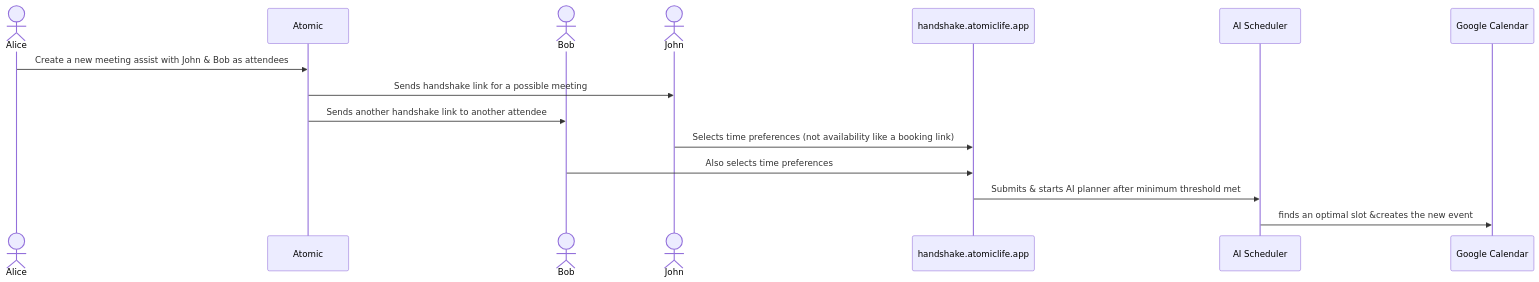
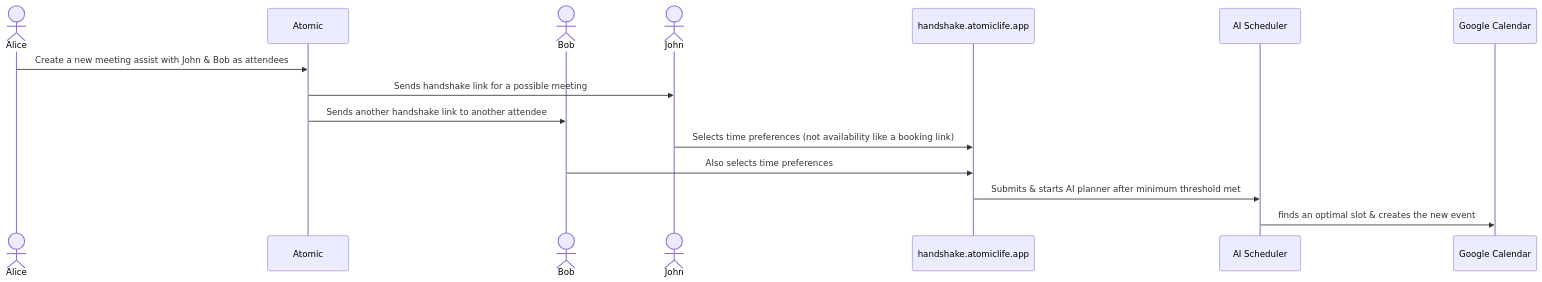
One commit to rush86999/atomic changed the diagram in README.md. Above: the diagram before and after it, drawn with Mermaid.

Commit message:
small typo

````diff
--- a/README.md
+++ b/README.md
@@ -103,19 +103,19 @@
 ```mermaid
     sequenceDiagram
     actor Alice
     participant A as Atomic
     actor Bob
     actor John
     participant H as handshake.atomiclife.app
     participant P as AI Scheduler
 
     participant G as Google Calendar
     Alice->>A: Create a new meeting assist with John & Bob as attendees
     A->>John: Sends handshake link for a possible meeting
     A->>Bob: Sends another handshake link to another attendee 
     John->>H: Selects time preferences (not availability like a booking link)
     Bob->>H: Also selects time preferences
     H->>P: Submits & starts AI planner after minimum threshold met
-    P->>G: finds an optimal slot &creates the new event
+    P->>G: finds an optimal slot & creates the new event
 
 ```
````
